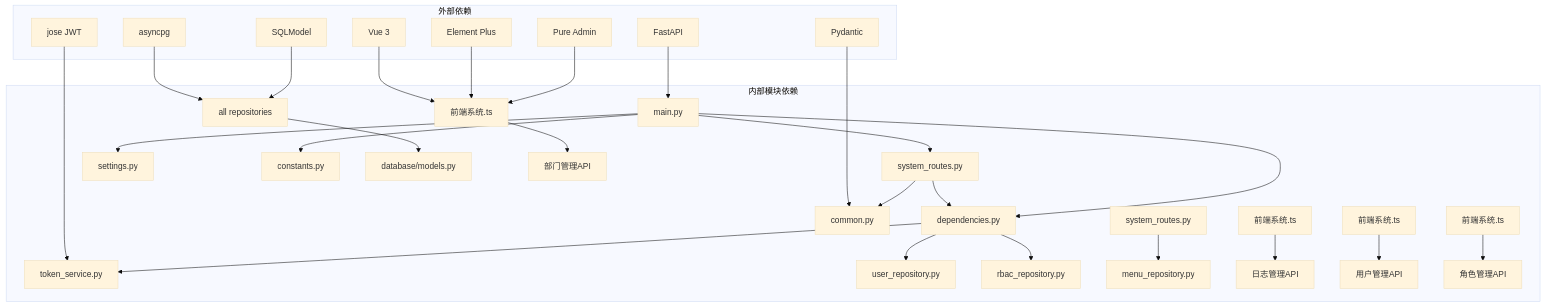
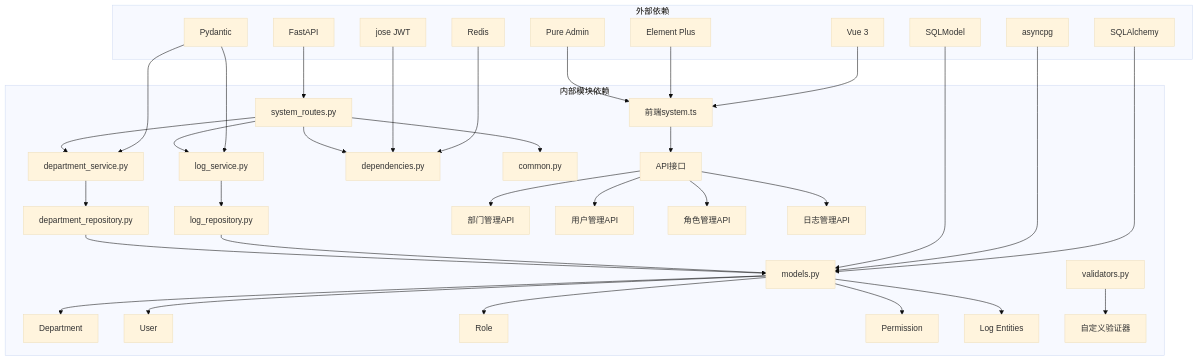
Before and after one commit to taoweidong/Hello-FastApi: diagram 16 of 16 in .qoder/repowiki/zh/content/核心模块/系统管理模块.md, drawn with Mermaid (base theme). The commit also changed other lines of this file and 9 other files, not shown here.

````diff
--- a/.qoder/repowiki/zh/content/核心模块/系统管理模块.md
+++ b/.qoder/repowiki/zh/content/核心模块/系统管理模块.md
@@ -620,38 +921,47 @@
 ```mermaid
 graph TB
 subgraph "外部依赖"
 A[FastAPI]
 B[SQLModel]
 C[Pydantic]
 D[jose JWT]
 E[asyncpg]
 F[Pure Admin]
 G[Element Plus]
 H[Vue 3]
+I[Redis]
+J[SQLAlchemy]
 end
 subgraph "内部模块依赖"
-I[main.py] --> J[system_routes.py]
-I --> K[dependencies.py]
-I --> L[settings.py]
-I --> M[constants.py]
-J --> K
-J --> N[common.py]
-K --> O[token_service.py]
-K --> P[user_repository.py]
-K --> Q[rbac_repository.py]
-R[system_routes.py] --> S[menu_repository.py]
-T[all repositories] --> U[database/models.py]
-V[前端系统.ts] --> W[部门管理API]
-X[前端系统.ts] --> Y[日志管理API]
-Z[前端系统.ts] --> AA[用户管理API]
-BB[前端系统.ts] --> CC[角色管理API]
+K[system_routes.py] --> L[department_service.py]
+K --> M[log_service.py]
+K --> N[dependencies.py]
+K --> O[common.py]
+L --> P[department_repository.py]
+M --> Q[log_repository.py]
+P --> R[models.py]
+Q --> R
+R --> S[Department]
+R --> T[User]
+R --> U[Role]
+R --> V[Permission]
+R --> W[Log Entities]
+X[validators.py] --> Y[自定义验证器]
+Z[前端system.ts] --> AA[API接口]
+AA --> AB[部门管理API]
+AA --> AC[用户管理API]
+AA --> AD[角色管理API]
+AA --> AE[日志管理API]
 end
-A --> I
-B --> T
-C --> N
-D --> O
-E --> T
-F --> V
-G --> V
-H --> V
+A --> K
+B --> R
+C --> L
+C --> M
+D --> N
+E --> R
+F --> Z
+G --> Z
+H --> Z
+I --> N
+J --> R
 ```
````
